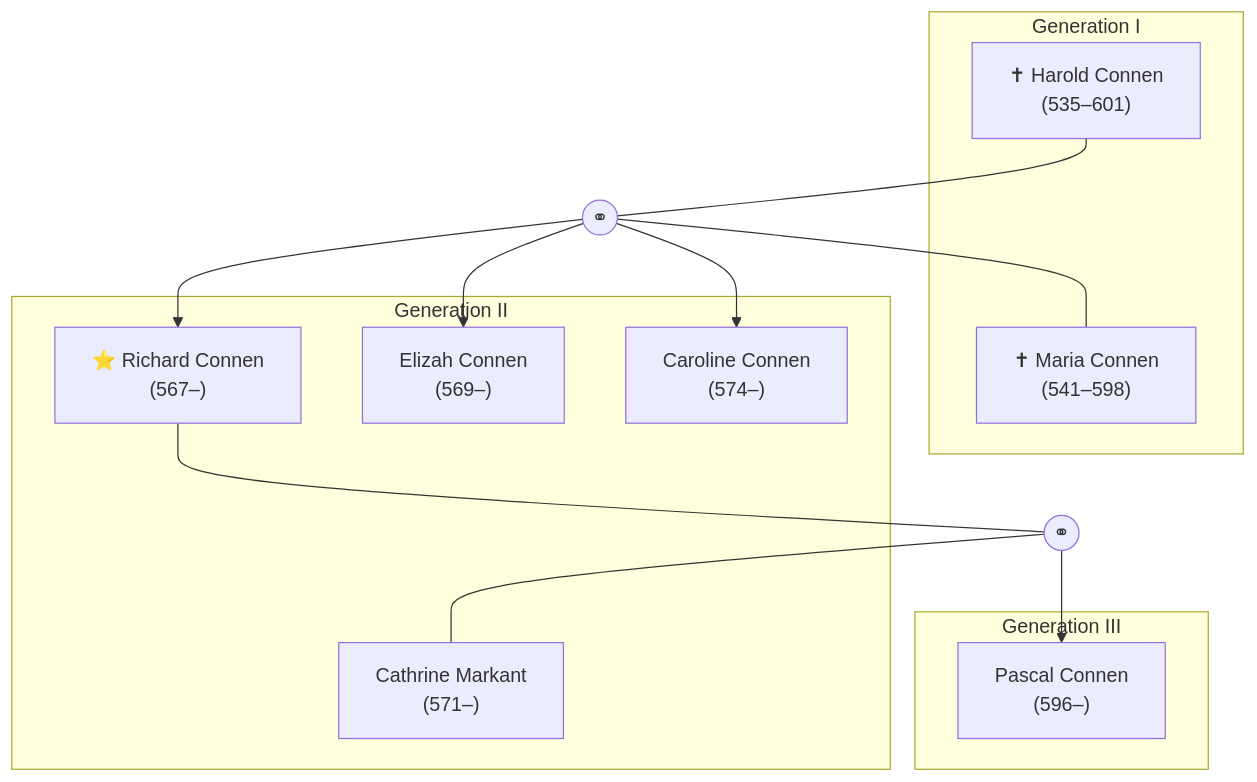
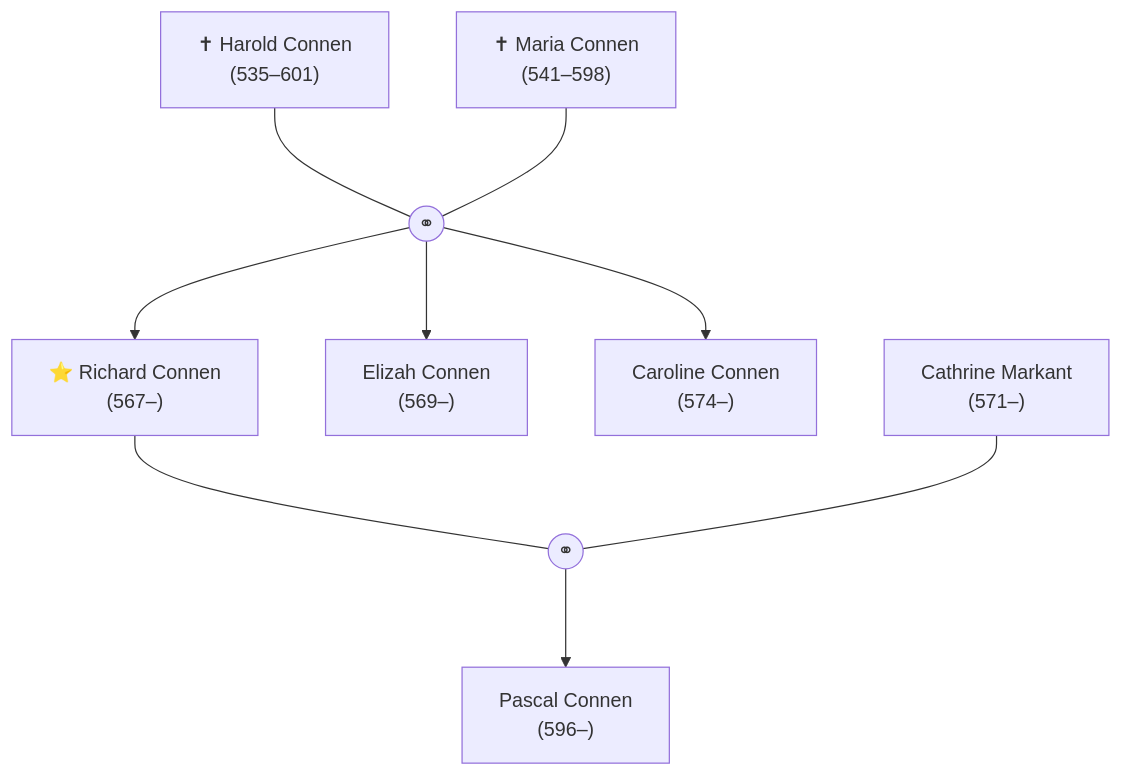
Before and after one commit to TheFabzie/book_lore: the diagram in content/charaktere/familien/connen.md, drawn with Mermaid.

Commit message:
Stammbaum

````diff
--- a/content/charaktere/familien/connen.md
+++ b/content/charaktere/familien/connen.md
@@ -7,41 +7,40 @@
 ```mermaid
 
-graph TD
-%% Haus Connen
+%%{init: {"flowchart": {"nodeSpacing": 55, "rankSpacing": 80}} }%%
+flowchart TB
 
-subgraph Gen1["Generation I"]
-  harold_connen["✝ Harold Connen<br/>(535–601)"]
-  maria_connen["✝ Maria Connen<br/>(541–598)"]
-end
+harold_connen["✝ Harold Connen<br/>(535–601)"]
+maria_connen["✝ Maria Connen<br/>(541–598)"]
+e1((⚭))
 
-harold_connen --- e1((⚭)) --- maria_connen
+harold_connen --- e1
+maria_connen  --- e1
 
-subgraph Gen2["Generation II"]
-  richard_connen["⭐ Richard Connen<br/>(567–)"]
-  elizah_connen["Elizah Connen<br/>(569–)"]
-  caroline_connen["Caroline Connen<br/>(574–)"]
-  cathrine_markant["Cathrine Markant<br/>(571–)"]
-end
+richard_connen["⭐ Richard Connen<br/>(567–)"]
+elizah_connen["Elizah Connen<br/>(569–)"]
+caroline_connen["Caroline Connen<br/>(574–)"]
 
 e1 --> richard_connen
 e1 --> elizah_connen
 e1 --> caroline_connen
 
-richard_connen --- e2((⚭)) --- cathrine_markant
+cathrine_markant["Cathrine Markant<br/>(571–)"]
+e2((⚭))
 
-subgraph Gen3["Generation III"]
-  pascal_connen["Pascal Connen<br/>(596–)"]
-end
+richard_connen --- e2
+cathrine_markant --- e2
 
+pascal_connen["Pascal Connen<br/>(596–)"]
 e2 --> pascal_connen
 
 click harold_connen "/charaktere/harold-connen"
 click maria_connen "/charaktere/maria-connen"
 click richard_connen "/charaktere/richard-connen"
 click elizah_connen "/charaktere/elizah-connen"
 click caroline_connen "/charaktere/caroline-connen"
 click cathrine_markant "/charaktere/cathrine-markant"
 click pascal_connen "/charaktere/pascal-connen"
 
 
+
 ```
````
